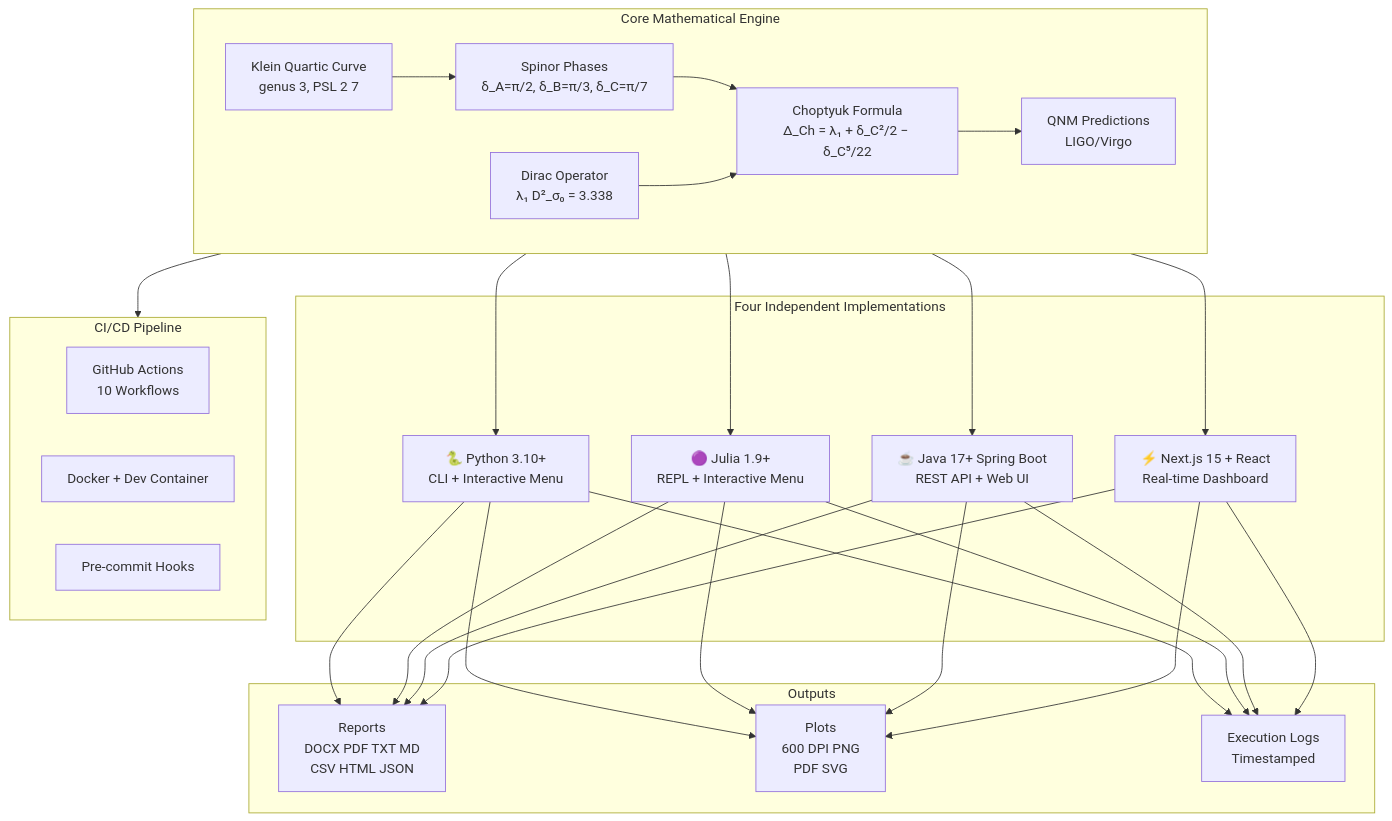
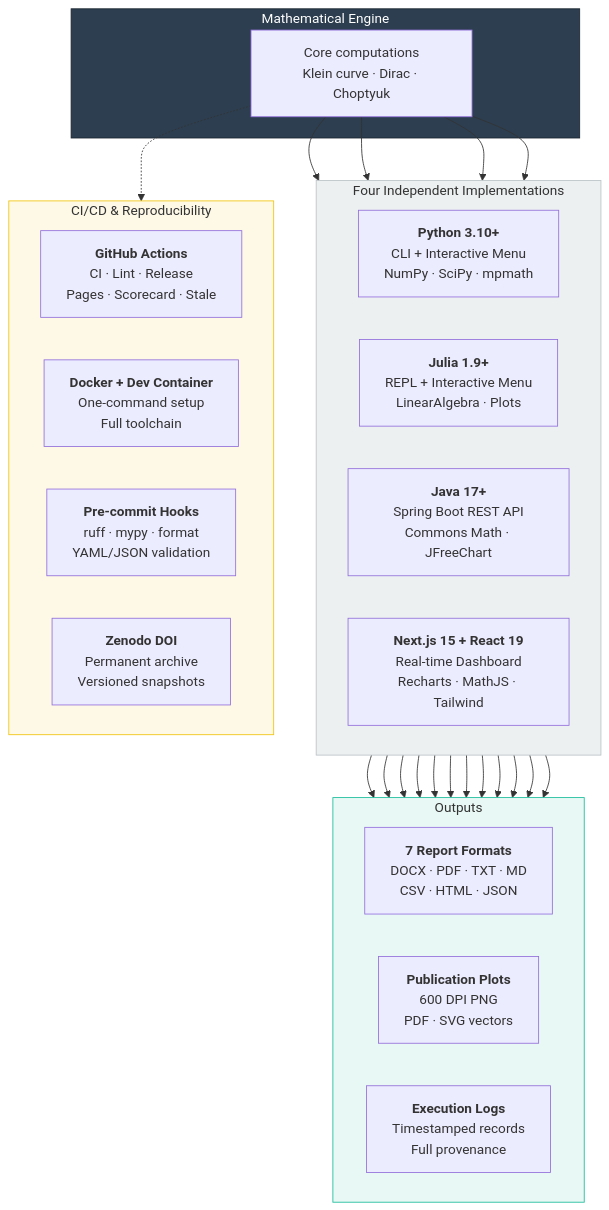
The second of 2 diagrams in README.md (wild8highlander/choptuik_ac_bc), drawn with Mermaid before and after one commit. The commit also changed other lines of this file and 1 other file, not shown here.

Commit message:
feat: enriched Jupyter notebook (18 cells, 11 code, 5 sections) + detailed Mermaid architecture diagrams
Jupyter notebook (notebooks/choptyuk_verification.ipynb):
- Section 1: Spinor Phases & Klein Curve — 6 subplots (phases, unit circle, PSL(2,7), ratios, phase(n), Klein curve)
- Section 2: Choptyuk Formula — 5 subplots (spectral landscape, convergence, b_Ch study, deviation, braking magnitude)
- Section 3: 64 Spinor Structures — 4 subplots (heatmap, histogram, deviation, Hamming weight)
- Section 4: LIGO/Virgo QNM — 5 subplots (frequencies, damping, parameter space, f(M), correction)
- Section 5: Surface Comparison — 6 subplots (genus, |Aut|, structures, spectral, identity, summary table)

Mermaid diagrams in README:
- Mathematical Pipeline (flowchart LR): Geometry → Spinors → Choptyuk → Physics with full data flow
- Implementation & CI/CD (flowchart TB): Core → 4 impls → Outputs + CI/CD with styled subgraphs

````diff
--- a/README.md
+++ b/README.md
@@ -157,37 +202,38 @@
 ```mermaid
-graph TB
-    subgraph Core["Core Mathematical Engine"]
-        KC[Klein Quartic Curve<br/>genus 3, PSL 2 7]
-        SP[Spinor Phases<br/>δ_A=π/2, δ_B=π/3, δ_C=π/7]
-        CF[Choptyuk Formula<br/>Δ_Ch = λ₁ + δ_C²/2 − δ_C⁵/22]
-        DO[Dirac Operator<br/>λ₁ D²_σ₀ = 3.338]
-        QNM[QNM Predictions<br/>LIGO/Virgo]
+flowchart TB
+    subgraph Core["Mathematical Engine"]
+        M["Core computations<br/>Klein curve · Dirac · Choptyuk"]
     end
 
-    subgraph Implementations["Four Independent Implementations"]
-        PY["🐍 Python 3.10+<br/>CLI + Interactive Menu"]
-        JL["🟣 Julia 1.9+<br/>REPL + Interactive Menu"]
-        JV["☕ Java 17+ Spring Boot<br/>REST API + Web UI"]
-        NX["⚡ Next.js 15 + React<br/>Real-time Dashboard"]
+    subgraph Impl["Four Independent Implementations"]
+        direction LR
+        PY["<b>Python 3.10+</b><br/>CLI + Interactive Menu<br/>NumPy · SciPy · mpmath"]
+        JL["<b>Julia 1.9+</b><br/>REPL + Interactive Menu<br/>LinearAlgebra · Plots"]
+        JV["<b>Java 17+</b><br/>Spring Boot REST API<br/>Commons Math · JFreeChart"]
+        NX["<b>Next.js 15 + React 19</b><br/>Real-time Dashboard<br/>Recharts · MathJS · Tailwind"]
     end
 
-    subgraph Outputs["Outputs"]
-        RPT["Reports<br/>DOCX PDF TXT MD<br/>CSV HTML JSON"]
-        PLT["Plots<br/>600 DPI PNG<br/>PDF SVG"]
-        LOG["Execution Logs<br/>Timestamped"]
+    subgraph Out["Outputs"]
+        direction LR
+        RPT["<b>7 Report Formats</b><br/>DOCX · PDF · TXT · MD<br/>CSV · HTML · JSON"]
+        PLT["<b>Publication Plots</b><br/>600 DPI PNG<br/>PDF · SVG vectors"]
+        LOG["<b>Execution Logs</b><br/>Timestamped records<br/>Full provenance"]
     end
 
-    subgraph CI_CD["CI/CD Pipeline"]
-        CI["GitHub Actions<br/>10 Workflows"]
-        DC["Docker + Dev Container"]
-        PC["Pre-commit Hooks"]
+    subgraph CI["CI/CD & Reproducibility"]
+        direction LR
+        GHA["<b>GitHub Actions</b><br/>CI · Lint · Release<br/>Pages · Scorecard · Stale"]
+        DOC["<b>Docker + Dev Container</b><br/>One-command setup<br/>Full toolchain"]
+        HKS["<b>Pre-commit Hooks</b><br/>ruff · mypy · format<br/>YAML/JSON validation"]
+        ZEN["<b>Zenodo DOI</b><br/>Permanent archive<br/>Versioned snapshots"]
     end
 
-    KC --> SP --> CF
-    DO --> CF
-    CF --> QNM
+    M --> PY & JL & JV & NX
+    PY & JL & JV & NX --> RPT & PLT & LOG
+    M -.-> CI
 
-    Core --> PY & JL & JV & NX
-    PY & JL & JV & NX --> RPT & PLT & LOG
-    Core --> CI_CD
+    style Core fill:#2c3e50,stroke:#1a252f,color:#fff
+    style Impl fill:#ecf0f1,stroke:#bdc3c7
+    style Out fill:#e8f8f5,stroke:#1abc9c
+    style CI fill:#fef9e7,stroke:#f1c40f
 ```
````
